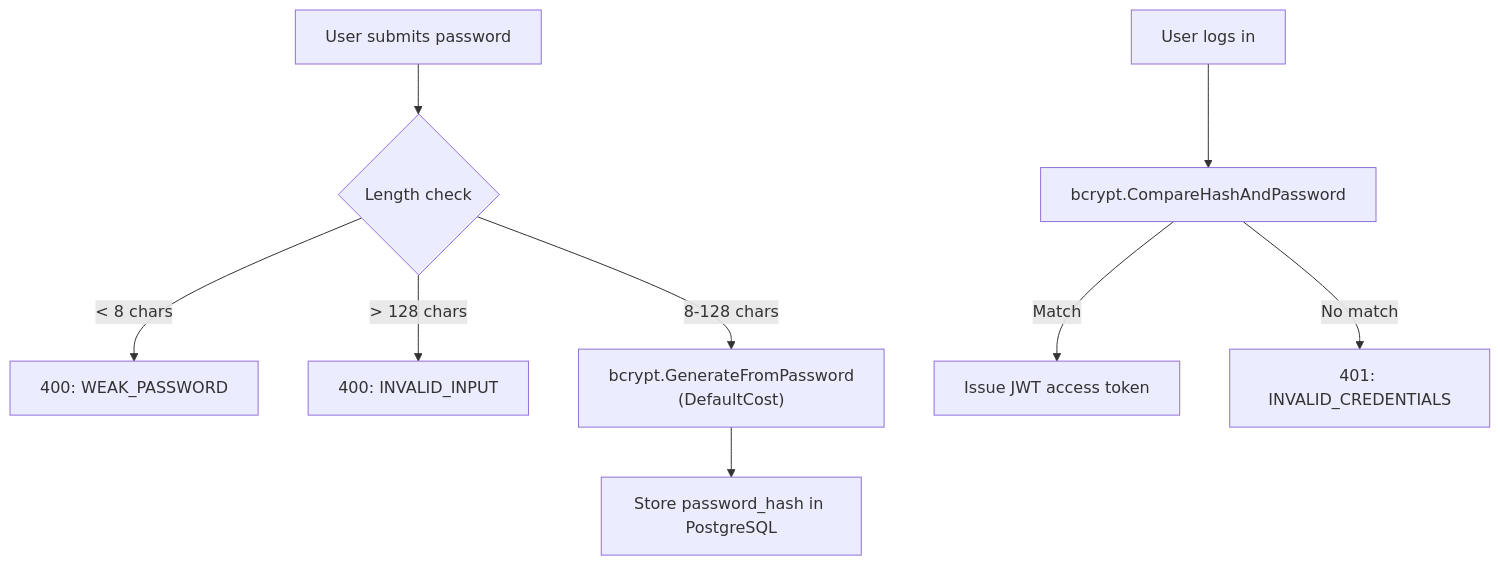
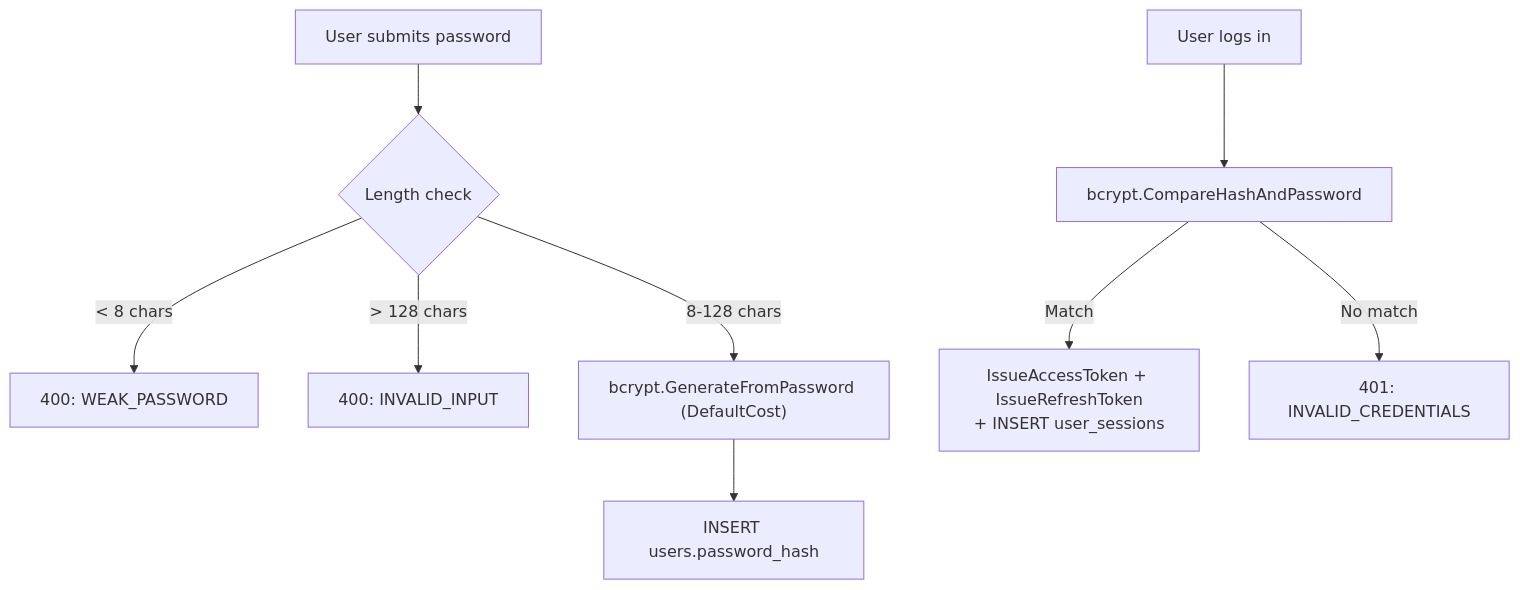
The third of 4 diagrams in docs/developer/mermaid/service-auth-service-architecture.md (Prachidubey2003/fyredocs_backend), drawn with Mermaid before and after one commit. The commit also changed other lines of this file and 39 other files, not shown here.

````diff
--- a/docs/developer/mermaid/service-auth-service-architecture.md
+++ b/docs/developer/mermaid/service-auth-service-architecture.md
@@ -93,12 +141,12 @@
 ```mermaid
 flowchart TD
     A["User submits password"] --> B{"Length check"}
     B -->|< 8 chars| C["400: WEAK_PASSWORD"]
     B -->|> 128 chars| D["400: INVALID_INPUT"]
-    B -->|8-128 chars| E["bcrypt.GenerateFromPassword<br/>(DefaultCost)"]
-    E --> F["Store password_hash in PostgreSQL"]
+    B -->|8-128 chars| E["bcrypt.GenerateFromPassword (DefaultCost)"]
+    E --> F["INSERT users.password_hash"]
 
     G["User logs in"] --> H["bcrypt.CompareHashAndPassword"]
-    H -->|Match| I["Issue JWT access token"]
+    H -->|Match| I["IssueAccessToken + IssueRefreshToken<br/>+ INSERT user_sessions"]
     H -->|No match| J["401: INVALID_CREDENTIALS"]
 ```
````
